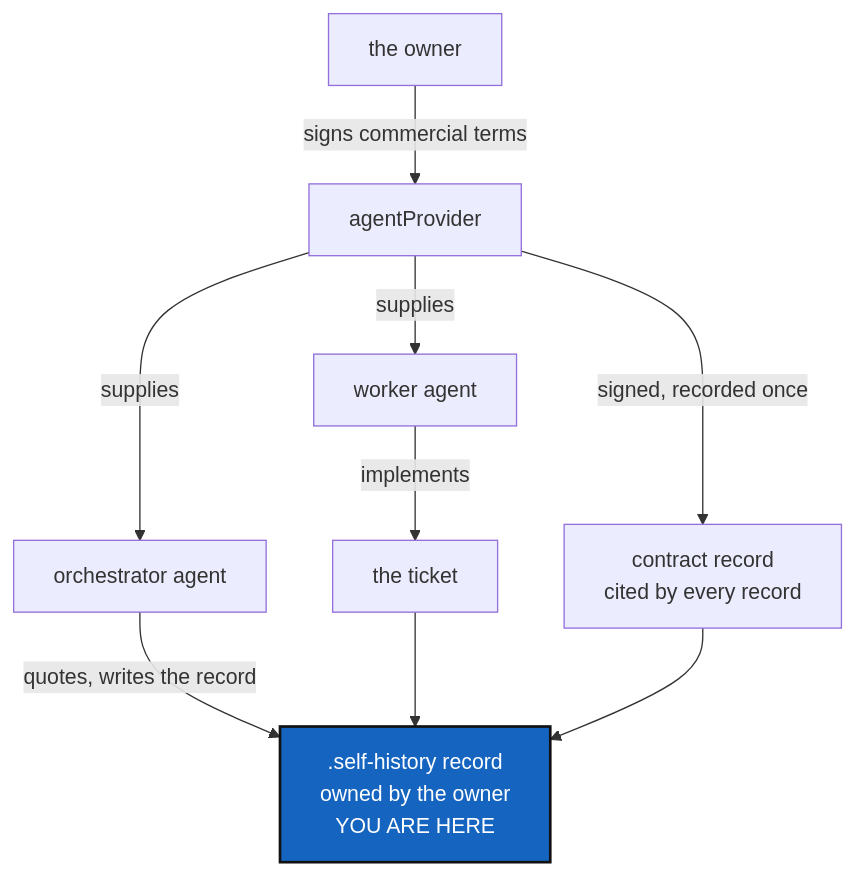
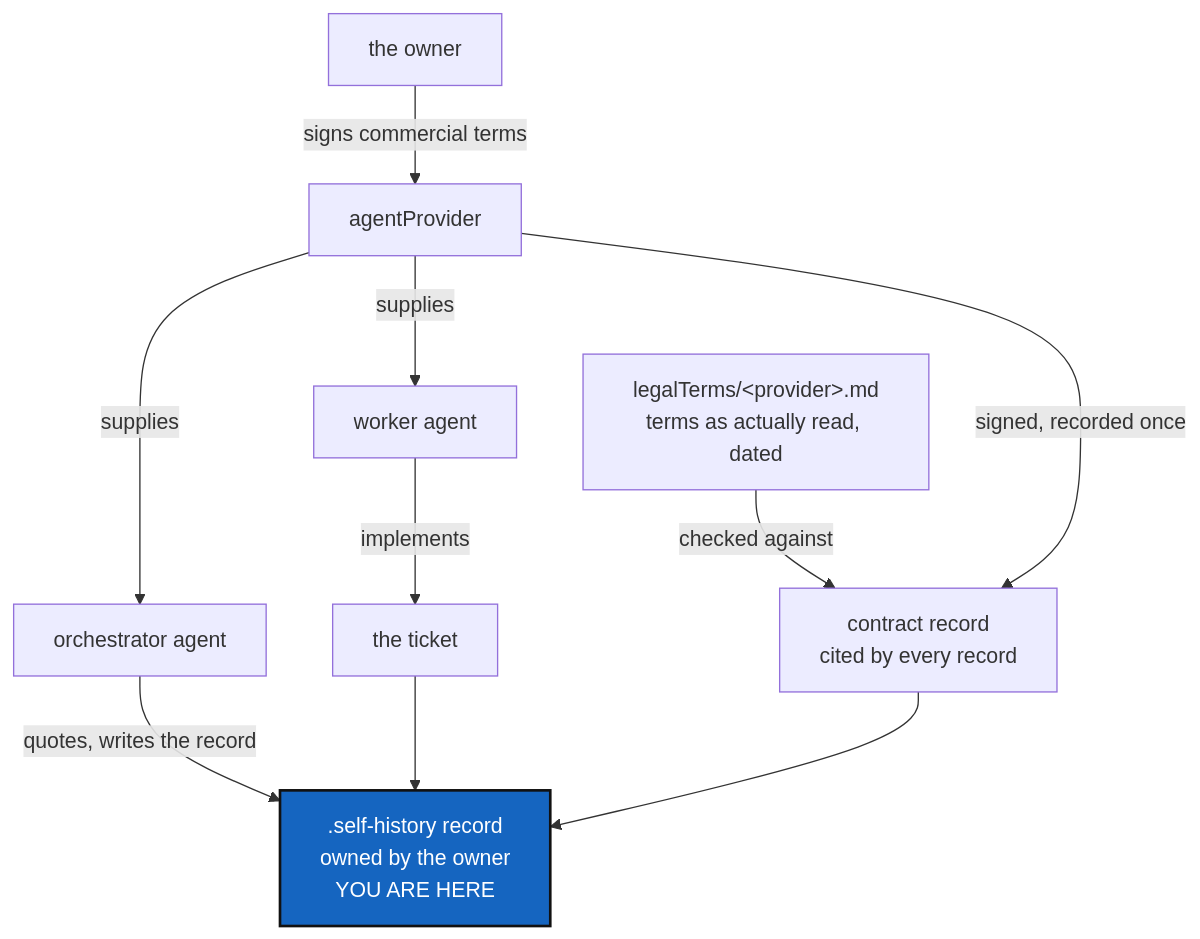
Before and after one commit to flipoyo/.localSpec: the diagram in DevTickets/openTickets/main_1-1_AgentContract_DevPlanTicket.md, drawn with Mermaid. The commit also changed other lines of this file and 1 other file, not shown here.

Commit message:
cgitsync3.1.0 Signs the first AgentContract: a legalTerms reading of Anthropic's consumer terms, verified live, backing a content-addressed record that freeze_release now cites as artefact:agent_contract; AgentDataContract.md now states the ownership intent as conditional on that reading, not fact.

````diff
--- a/DevTickets/openTickets/main_1-1_AgentContract_DevPlanTicket.md
+++ b/DevTickets/openTickets/main_1-1_AgentContract_DevPlanTicket.md
@@ -87,14 +115,15 @@
 ```mermaid
 graph TD
     OWN["the owner"] -->|"signs commercial terms"| PROV["agentProvider"]
     PROV -->|"supplies"| W["worker agent"]
     PROV -->|"supplies"| O["orchestrator agent"]
     W -->|"implements"| T["the ticket"]
     O -->|"quotes, writes the record"| REC[".self-history record<br/>owned by the owner<br/>YOU ARE HERE"]
     T --> REC
-    PROV -->|"signed, recorded once"| SIG["contract record<br/>cited by every record"]
+    LEGAL["legalTerms/&lt;provider&gt;.md<br/>terms as actually read, dated"] -->|"checked against"| SIG["contract record<br/>cited by every record"]
+    PROV -->|"signed, recorded once"| SIG
     SIG --> REC
 
     classDef here fill:#1565C0,color:#fff,stroke:#111,stroke-width:2px;
     class REC here;
 ```
````
